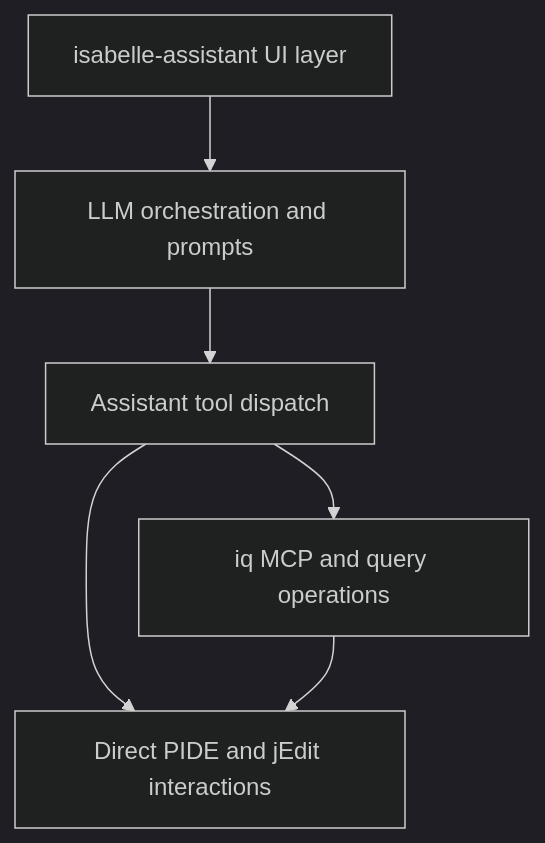
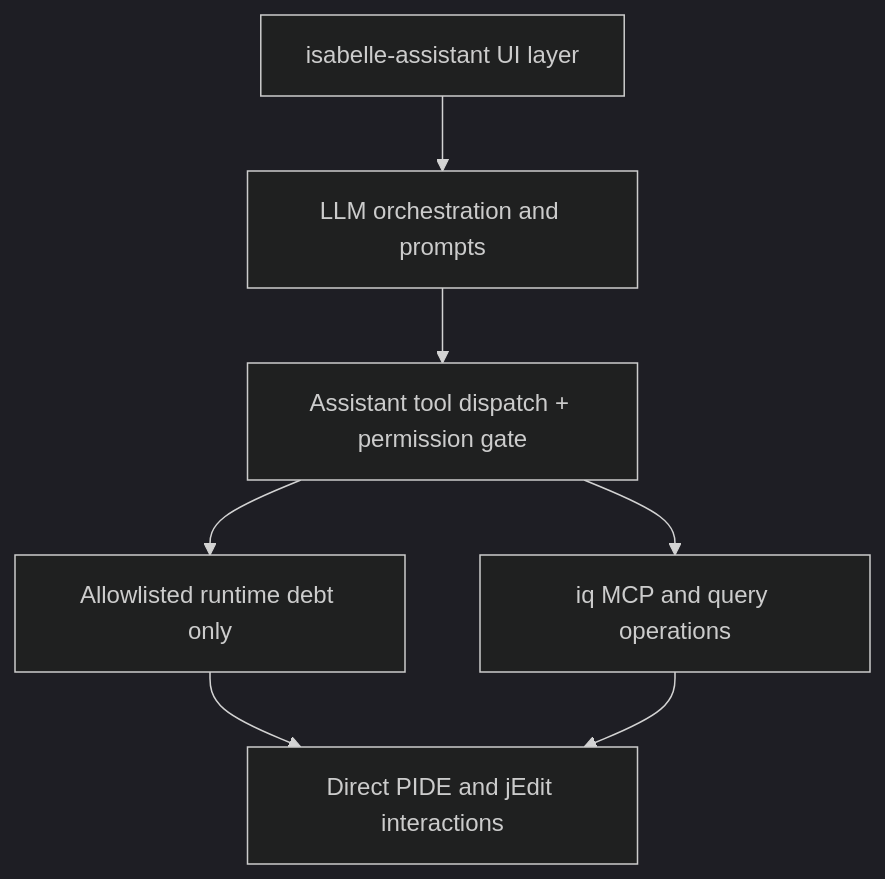
The first of 2 diagrams in design-documents/01-architecture-current-vs-target.md (dominic-mulligan-aws/AutoCorrode), drawn with Mermaid (dark theme) before and after one commit. The commit also changed other lines of this file and 11 other files, not shown here.

````diff
--- a/design-documents/01-architecture-current-vs-target.md
+++ b/design-documents/01-architecture-current-vs-target.md
@@ -15,8 +15,9 @@
 ```mermaid
 graph TD
   UI["isabelle-assistant UI layer"] --> ORCH["LLM orchestration and prompts"]
-  ORCH --> TOOLS["Assistant tool dispatch"]
+  ORCH --> TOOLS["Assistant tool dispatch + permission gate"]
   TOOLS --> IQ["iq MCP and query operations"]
-  TOOLS --> PIDE["Direct PIDE and jEdit interactions"]
+  TOOLS --> DEBT["Allowlisted runtime debt only"]
+  DEBT --> PIDE["Direct PIDE and jEdit interactions"]
   IQ --> PIDE
 ```
````
